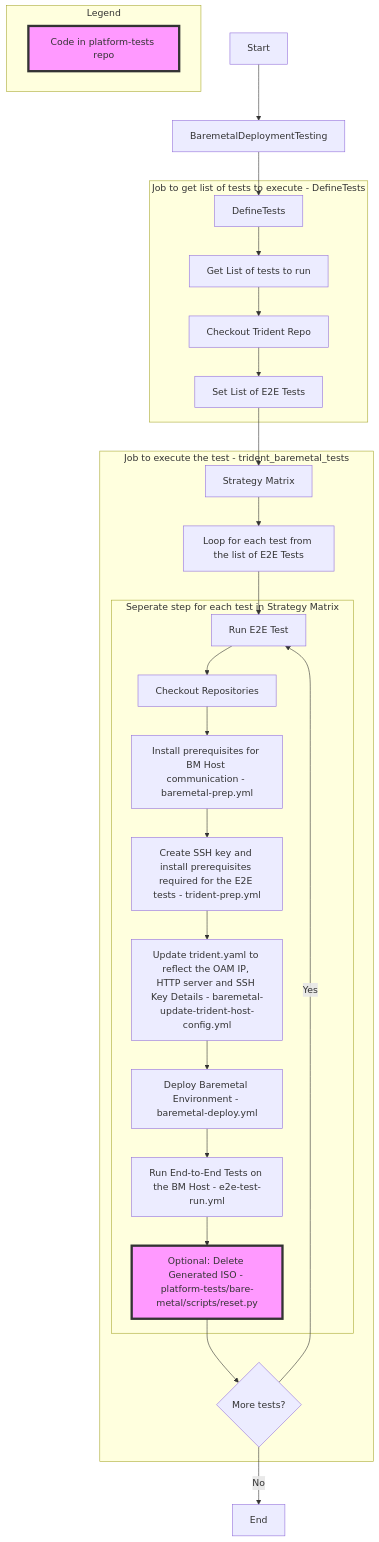
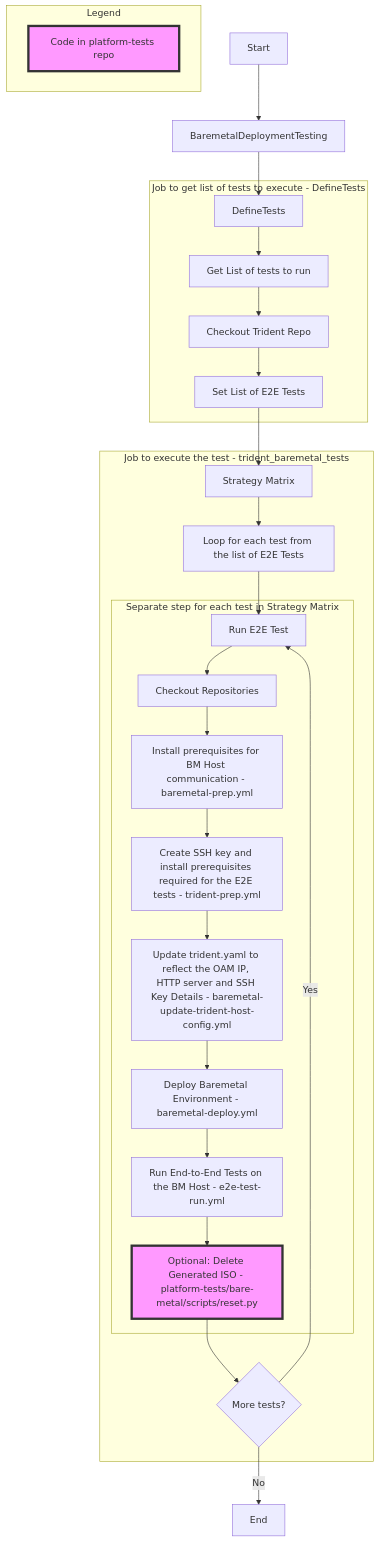
One commit to microsoft/trident changed the diagram in dev-docs/diagrams/overall-testing-on-baremetal.mmd. Above: the diagram before and after it, drawn with Mermaid. The commit also changed 1 other file, not shown here.

```diff
--- a/dev-docs/diagrams/overall-testing-on-baremetal.mmd
+++ b/dev-docs/diagrams/overall-testing-on-baremetal.mmd
@@ -1,32 +1,32 @@
 graph TD
 classDef Purple fill:#f9f,stroke:#333,stroke-width:4px;
 subgraph Legend
     direction LR
     LE1[Code in platform-tests repo]
     class LE1 Purple;
 end
 A[Start] --> B["BaremetalDeploymentTesting"]
 B --> C0["DefineTests"]
 subgraph Job to get list of tests to execute - DefineTests
     C0[DefineTests] --> D0[Get List of tests to run]
     D0 --> E0[Checkout Trident Repo]
     E0 --> F0[Set List of E2E Tests]
 end
 F0 --> D["Strategy Matrix"]
 subgraph Job to execute the test - trident_baremetal_tests
     D --> E[Loop for each test from the list of E2E Tests]
     E --> G[Run E2E Test]
-    subgraph Seperate step for each test in Strategy Matrix
+    subgraph Separate step for each test in Strategy Matrix
         G --> H[Checkout Repositories]
         H --> I[Install prerequisites for BM Host communication - baremetal-prep.yml]
         I --> J[Create SSH key and install prerequisites required for the E2E tests - trident-prep.yml]
         J --> K[Update trident.yaml to reflect the OAM IP, HTTP server and SSH Key Details - baremetal-update-trident-host-config.yml]
         K --> L[Deploy Baremetal Environment - baremetal-deploy.yml]
         L --> M[Run End-to-End Tests on the BM Host - e2e-test-run.yml]
         M --> N[Optional: Delete Generated ISO - platform-tests/bare-metal/scripts/reset.py]
         style N fill:#f9f,stroke:#333,stroke-width:4px
     end
     N --> O{More tests?}
     O -- Yes --> G
 end
 O -- No --> Q[End]
```
